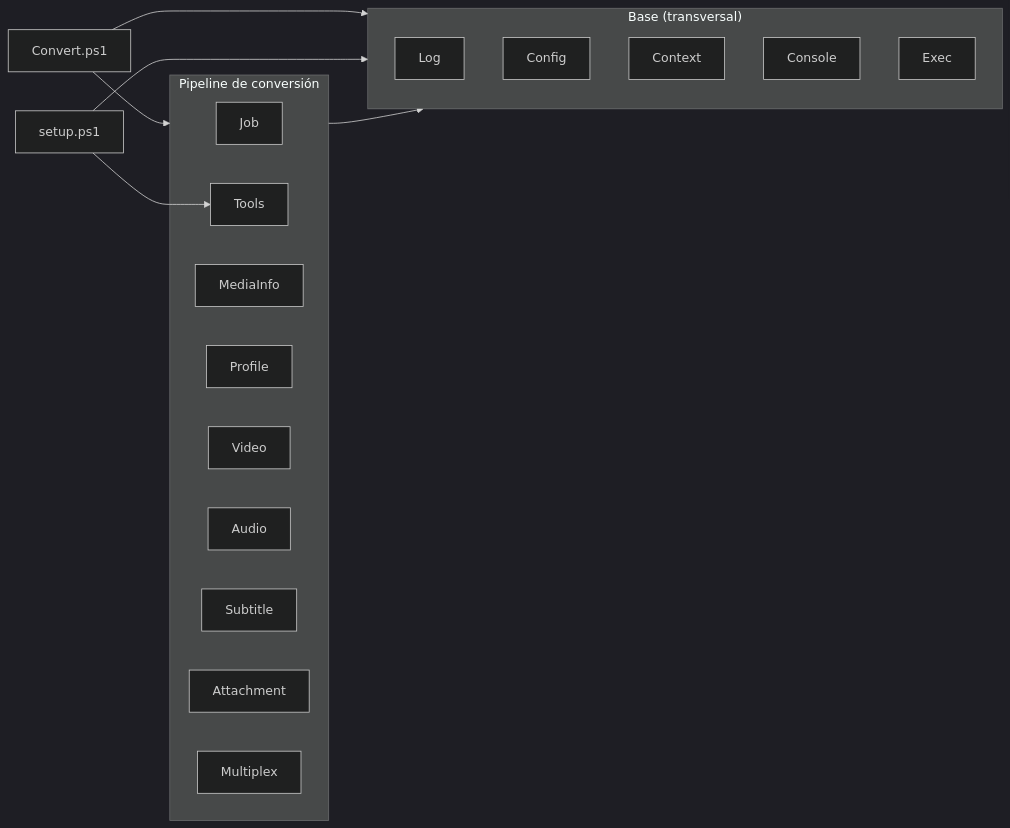
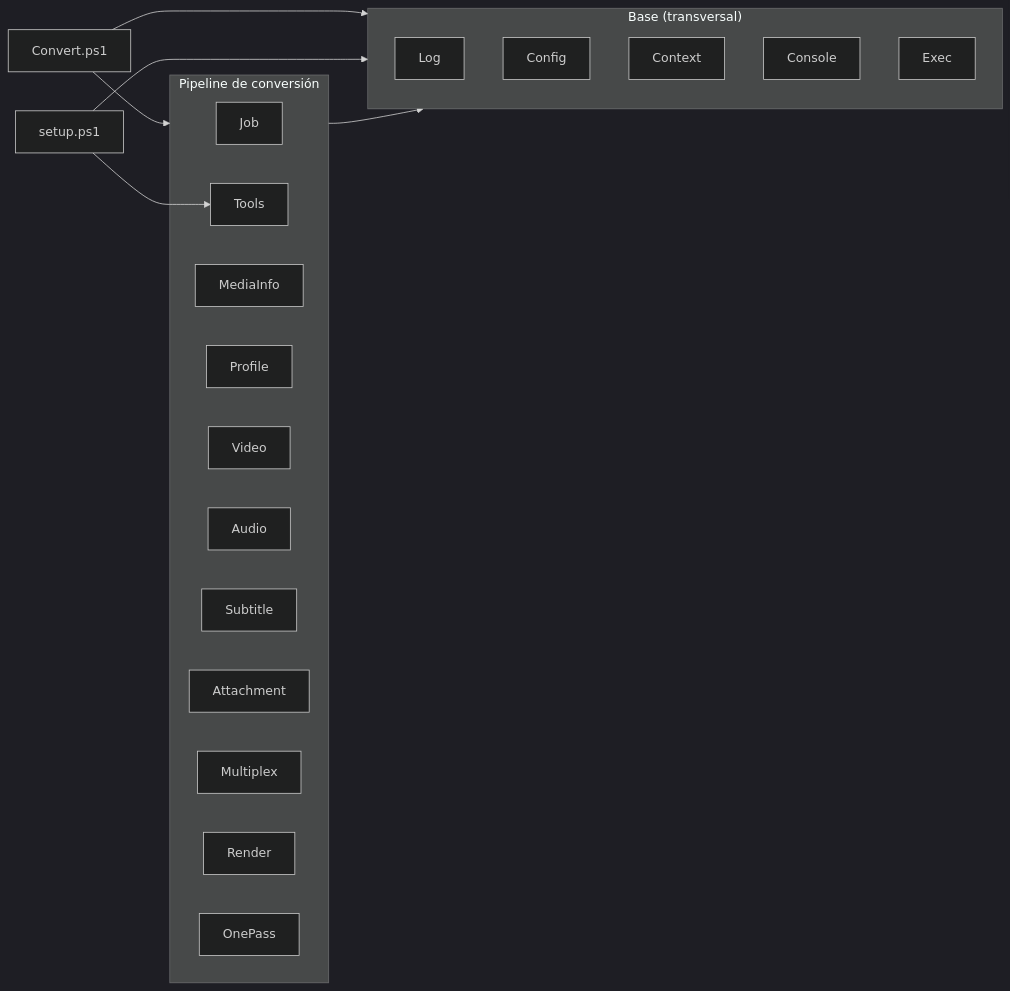
The diagram in docs/ref-arquitectura.md (vsc55/ConversorVideoCMD), drawn with Mermaid (dark theme) before and after one commit. The commit also changed other lines of this file and 24 other files, not shown here.

````diff
--- a/docs/ref-arquitectura.md
+++ b/docs/ref-arquitectura.md
@@ -62,17 +64,17 @@
 ```mermaid
 flowchart LR
     CV["Convert.ps1"]
     SET["setup.ps1"]
     subgraph P["Pipeline de conversión"]
       JOB[Job]; TOOL[Tools]; MI[MediaInfo]; PRO[Profile]
-      VID[Video]; AUD[Audio]; SUB[Subtitle]; ATT[Attachment]; MUX[Multiplex]
+      VID[Video]; AUD[Audio]; SUB[Subtitle]; ATT[Attachment]; MUX[Multiplex]; RND[Render]; OP[OnePass]
     end
     subgraph B["Base (transversal)"]
       LOG[Log]; CFG[Config]; CTX[Context]; CON[Console]; EXE[Exec]
     end
     CV --> P
     CV --> B
     SET --> TOOL
     SET --> B
     P --> B
 ```
````
